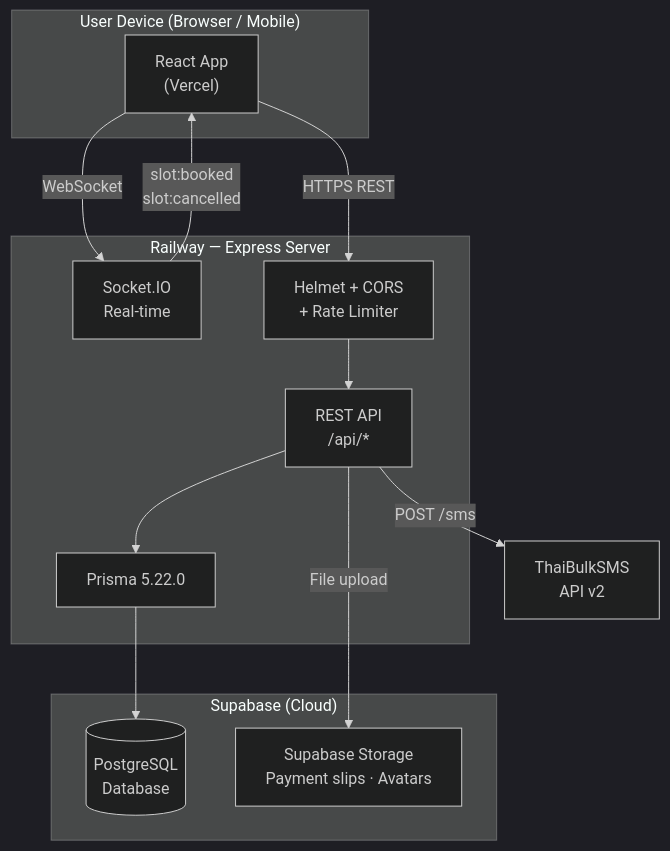
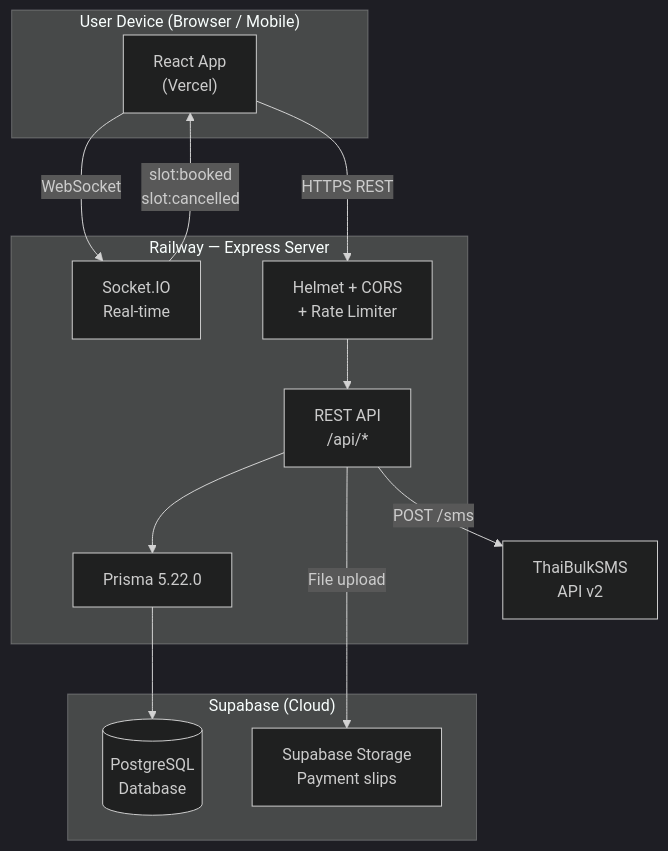
Before and after one commit to MetaKt/B-Space_Tennis_Booking: the diagram in README.md, drawn with Mermaid (dark theme). The commit also changed other lines of this file and 40 other files, not shown here.

````diff
--- a/README.md
+++ b/README.md
@@ -50,29 +50,29 @@
 ```mermaid
 graph TD
     subgraph Client["User Device (Browser / Mobile)"]
         FE["React App\n(Vercel)"]
     end
 
     subgraph Backend["Railway — Express Server"]
         API["REST API\n/api/*"]
         WS["Socket.IO\nReal-time"]
         SEC["Helmet + CORS\n+ Rate Limiter"]
         ORM["Prisma 5.22.0"]
     end
 
     subgraph Storage["Supabase (Cloud)"]
         DB[(PostgreSQL\nDatabase)]
-        FILES["Supabase Storage\nPayment slips · Avatars"]
+        FILES["Supabase Storage\nPayment slips"]
     end
 
     SMS["ThaiBulkSMS\nAPI v2"]
 
     FE -- "HTTPS REST" --> SEC
     FE -- "WebSocket" --> WS
     SEC --> API
     API --> ORM
     ORM --> DB
     API -- "File upload" --> FILES
     API -- "POST /sms" --> SMS
     WS -- "slot:booked\nslot:cancelled" --> FE
 ```
````
